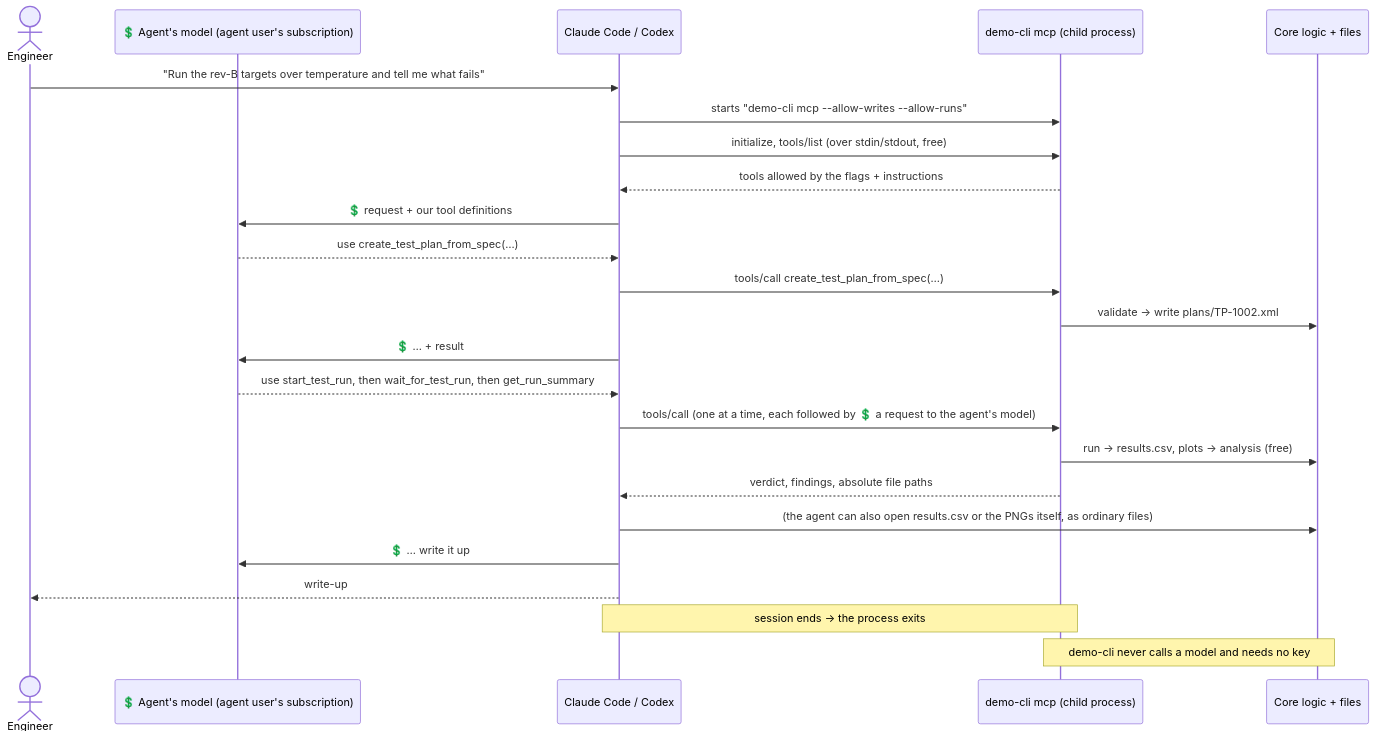
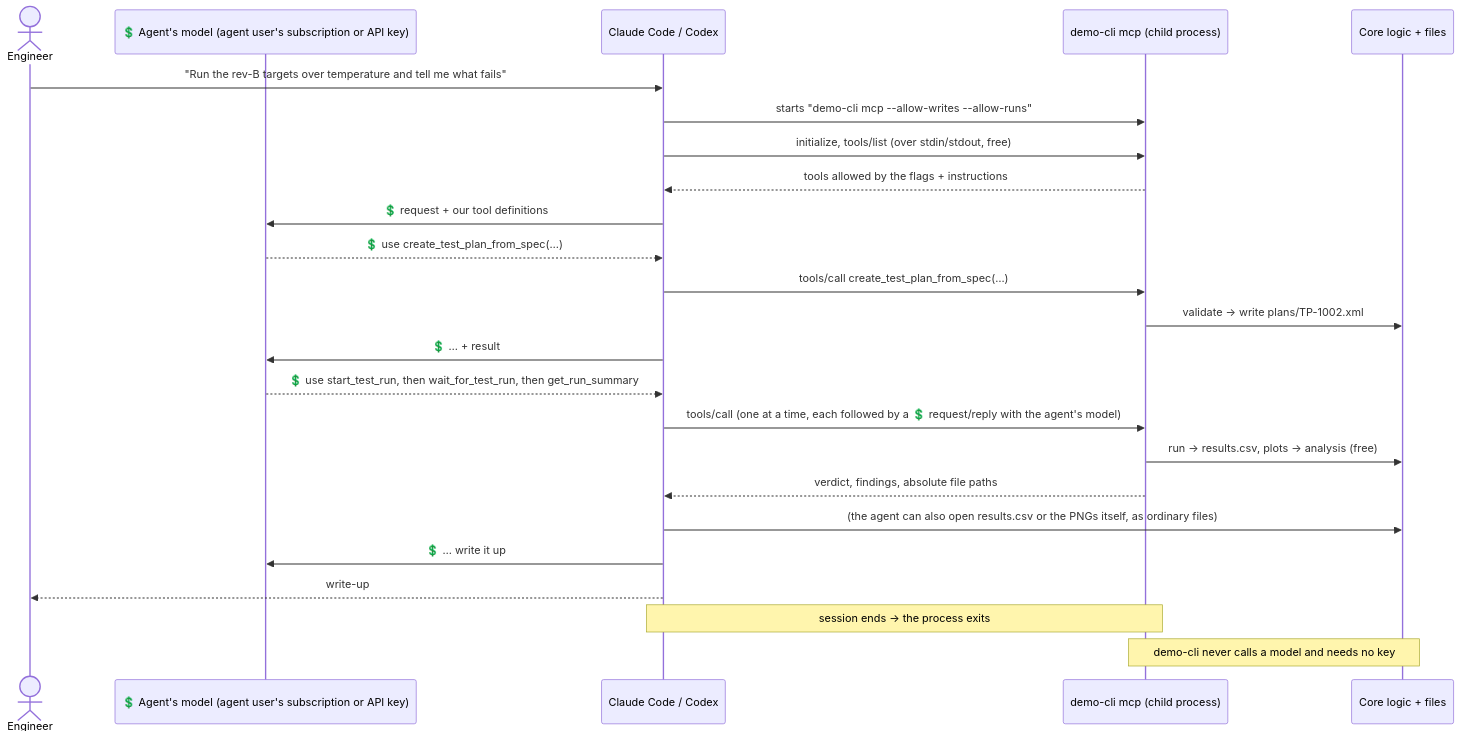
The fifth of 6 diagrams in docs/design.md (RelentlessOldMan/ChatbotAddonDemo), drawn with Mermaid before and after one commit. The commit also changed other lines of this file and 8 other files, not shown here.

First line of the commit message:
Docs: add a glossary, use one name per concept, and fix cost, data-flow and factual details

````diff
--- a/docs/design.md
+++ b/docs/design.md
@@ -293,27 +302,27 @@
 ```mermaid
 sequenceDiagram
     actor E as Engineer
-    participant L as 💲 Agent's model (agent user's subscription)
+    participant L as 💲 Agent's model (agent user's subscription or API key)
     participant A as Claude Code / Codex
     participant S as demo-cli mcp (child process)
     participant B as Core logic + files
 
     E->>A: "Run the rev-B targets over temperature and tell me what fails"
     A->>S: starts "demo-cli mcp --allow-writes --allow-runs"
     A->>S: initialize, tools/list (over stdin/stdout, free)
     S-->>A: tools allowed by the flags + instructions
     A->>L: 💲 request + our tool definitions
-    L-->>A: use create_test_plan_from_spec(…)
+    L-->>A: 💲 use create_test_plan_from_spec(…)
     A->>S: tools/call create_test_plan_from_spec(…)
     S->>B: validate → write plans/TP-1002.xml
     A->>L: 💲 … + result
-    L-->>A: use start_test_run, then wait_for_test_run, then get_run_summary
-    A->>S: tools/call (one at a time, each followed by 💲 a request to the agent's model)
+    L-->>A: 💲 use start_test_run, then wait_for_test_run, then get_run_summary
+    A->>S: tools/call (one at a time, each followed by a 💲 request/reply with the agent's model)
     S->>B: run → results.csv, plots → analysis (free)
     S-->>A: verdict, findings, absolute file paths
     A->>B: (the agent can also open results.csv or the PNGs itself, as ordinary files)
     A->>L: 💲 … write it up
     A-->>E: write-up
     Note over A,S: session ends → the process exits
     Note over S,B: demo-cli never calls a model and needs no key
 ```
````
